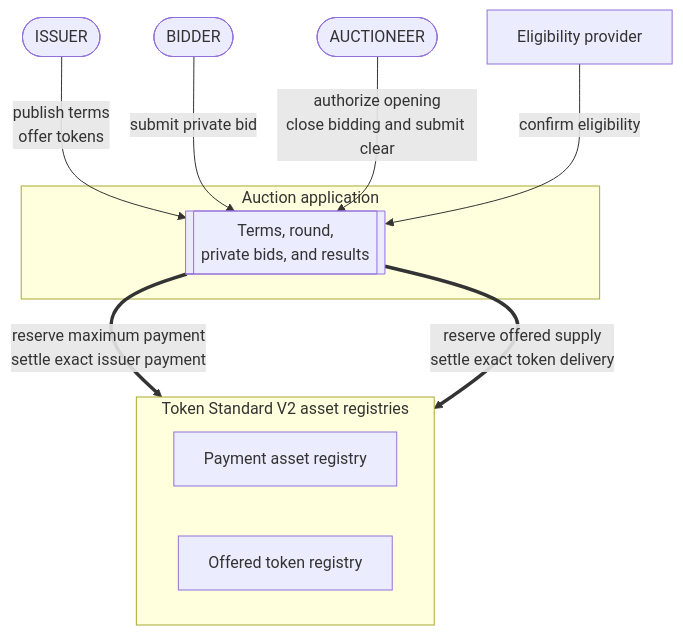
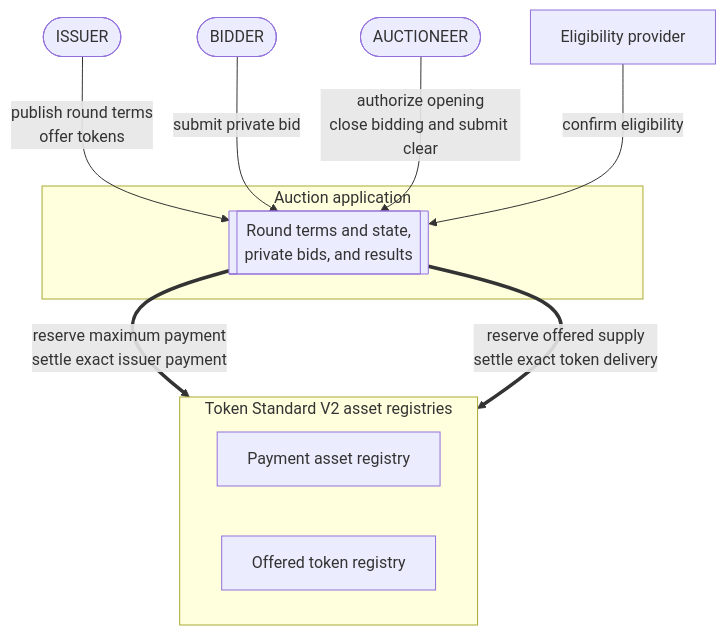
The first of 3 diagrams in docs/reference-architectures/confidential-auction.md (OpenZeppelin/canton-specs), drawn with Mermaid before and after one commit. The commit also changed other lines of this file, not shown here.

````diff
--- a/docs/reference-architectures/confidential-auction.md
+++ b/docs/reference-architectures/confidential-auction.md
@@ -130,24 +128,24 @@
 ```mermaid
 flowchart TB
     Issuer([ISSUER])
     Bidder([BIDDER])
     Auctioneer([AUCTIONEER])
     Eligibility["Eligibility provider"]
 
     subgraph App["Auction application"]
-        Auction[["Terms, round,<br/>private bids, and results"]]
+        Auction[["Round terms and state,<br/>private bids, and results"]]
     end
 
     subgraph Assets["Token Standard V2 asset registries"]
         direction LR
         Payment["Payment asset registry"]
         Token["Offered token registry"]
     end
 
-    Issuer -->|"publish terms<br/>offer tokens"| Auction
+    Issuer -->|"publish round terms<br/>offer tokens"| Auction
     Bidder -->|"submit private bid"| Auction
     Auctioneer -->|"authorize opening<br/>close bidding and submit clear"| Auction
     Eligibility -->|"confirm eligibility"| Auction
     Auction ==>|"reserve maximum payment<br/>settle exact issuer payment"| Payment
     Auction ==>|"reserve offered supply<br/>settle exact token delivery"| Token
 ```
````
